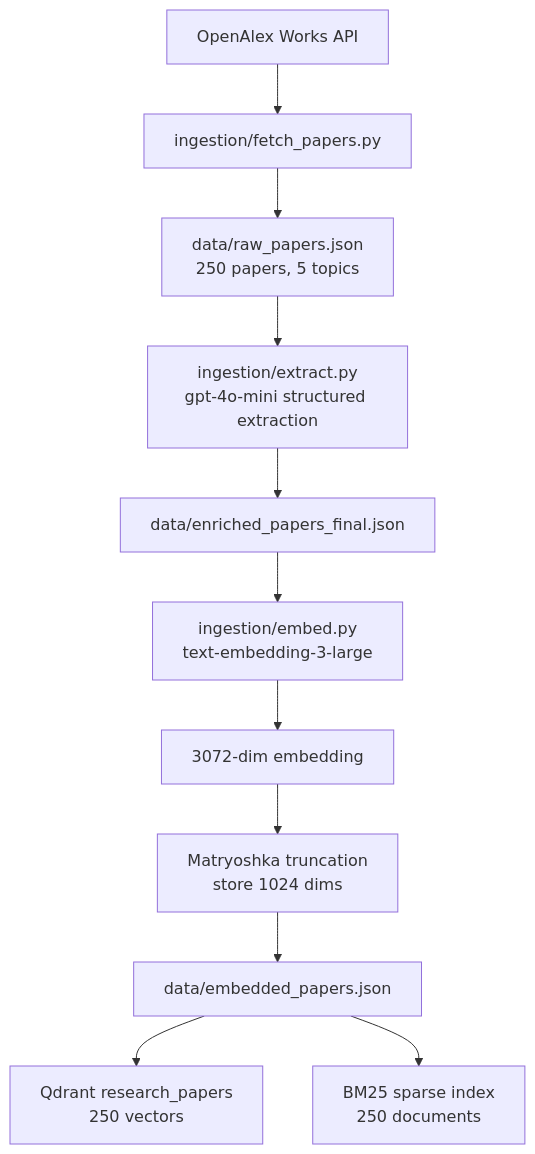
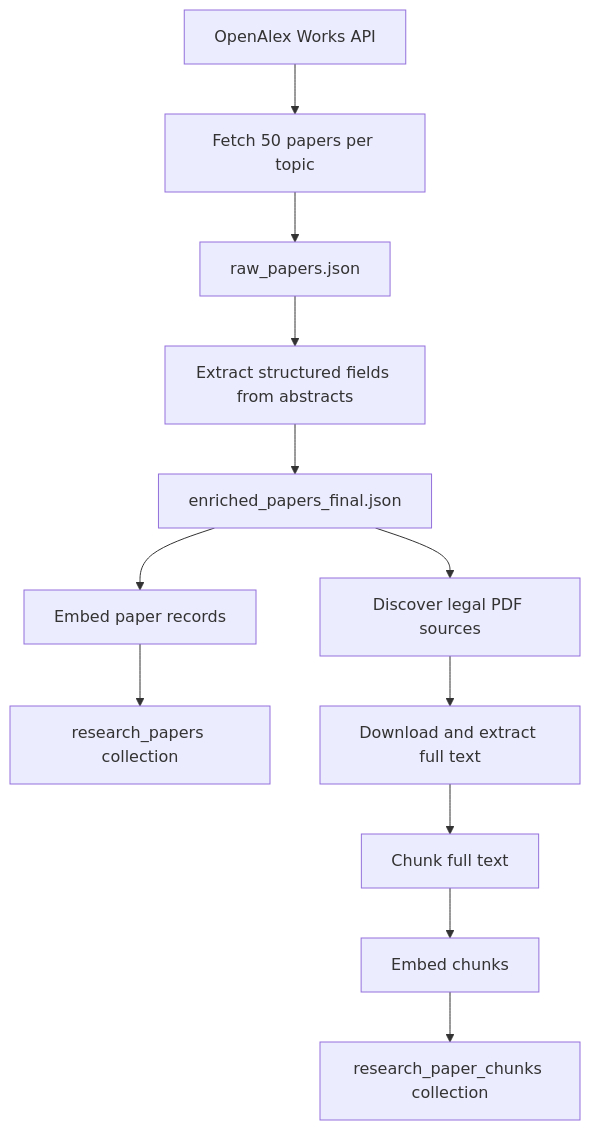
One commit to rishitha-gogineni/research-synthesis-engine changed the second of 3 diagrams in README.md. Above: the diagram before and after it, drawn with Mermaid. The commit also changed other lines of this file and 1 other file, not shown here.

````diff
--- a/README.md
+++ b/README.md
@@ -52,13 +64,14 @@
 ```mermaid
 flowchart TD
-    A["OpenAlex Works API"] --> B["ingestion/fetch_papers.py"]
-    B --> C["data/raw_papers.json<br/>250 papers, 5 topics"]
-    C --> D["ingestion/extract.py<br/>gpt-4o-mini structured extraction"]
-    D --> E["data/enriched_papers_final.json"]
-    E --> F["ingestion/embed.py<br/>text-embedding-3-large"]
-    F --> G["3072-dim embedding"]
-    G --> H["Matryoshka truncation<br/>store 1024 dims"]
-    H --> I["data/embedded_papers.json"]
-    I --> J["Qdrant research_papers<br/>250 vectors"]
-    I --> K["BM25 sparse index<br/>250 documents"]
+    A["OpenAlex Works API"] --> B["Fetch 50 papers per topic"]
+    B --> C["raw_papers.json"]
+    C --> D["Extract structured fields from abstracts"]
+    D --> E["enriched_papers_final.json"]
+    E --> F["Embed paper records"]
+    F --> G["research_papers collection"]
+    E --> H["Discover legal PDF sources"]
+    H --> I["Download and extract full text"]
+    I --> J["Chunk full text"]
+    J --> K["Embed chunks"]
+    K --> L["research_paper_chunks collection"]
 ```
````
